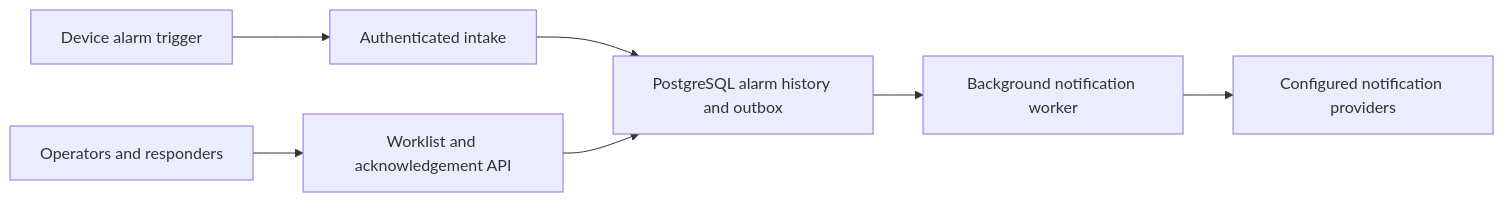
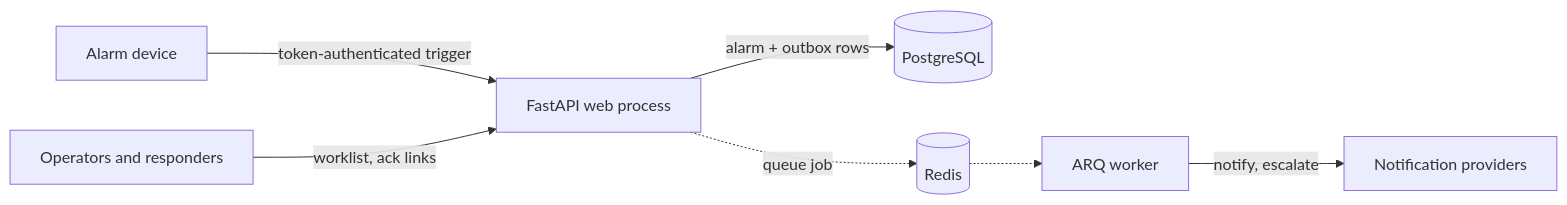
The diagram in README.md (sebastianspicker/escalane), drawn with Mermaid before and after one commit. The commit also changed other lines of this file and 1 other file, not shown here.

Commit message:
Document how Escalane works with traced diagrams
Extend docs/ARCHITECTURE.md with diagrams built from the code: a
labelled container overview, step-by-step sequences for a device
trigger and a responder acknowledgement, the alarm state machine,
the PostgreSQL table relations, and the release pipeline. Each
diagram links to the files and functions it describes.

Label the README overview, link it to the traced flows, and add the
Claude attribution note.

````diff
--- a/README.md
+++ b/README.md
@@ -37,9 +39,9 @@
 ```mermaid
 flowchart LR
-  Device[Device alarm trigger] --> Intake[Authenticated intake]
-  Intake --> DB[PostgreSQL alarm history and outbox]
-  DB --> Worker[Background notification worker]
-  Worker --> Providers[Configured notification providers]
-  People[Operators and responders] --> API[Worklist and acknowledgement API]
-  API --> DB
+  device[Alarm device] -->|token-authenticated trigger| api[FastAPI web process]
+  people[Operators and responders] -->|worklist, ack links| api
+  api -->|alarm + outbox rows| db[(PostgreSQL)]
+  api -.->|queue job| redis[(Redis)]
+  redis -.-> worker[ARQ worker]
+  worker -->|notify, escalate| providers[Notification providers]
 ```
````
